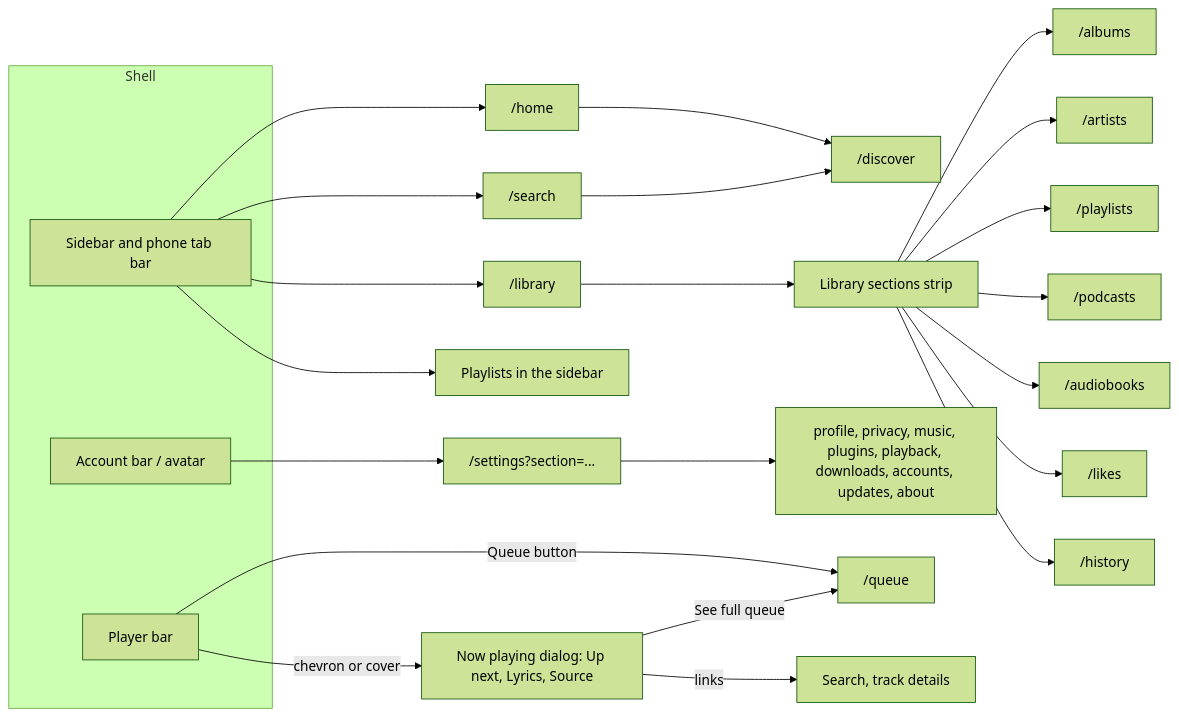
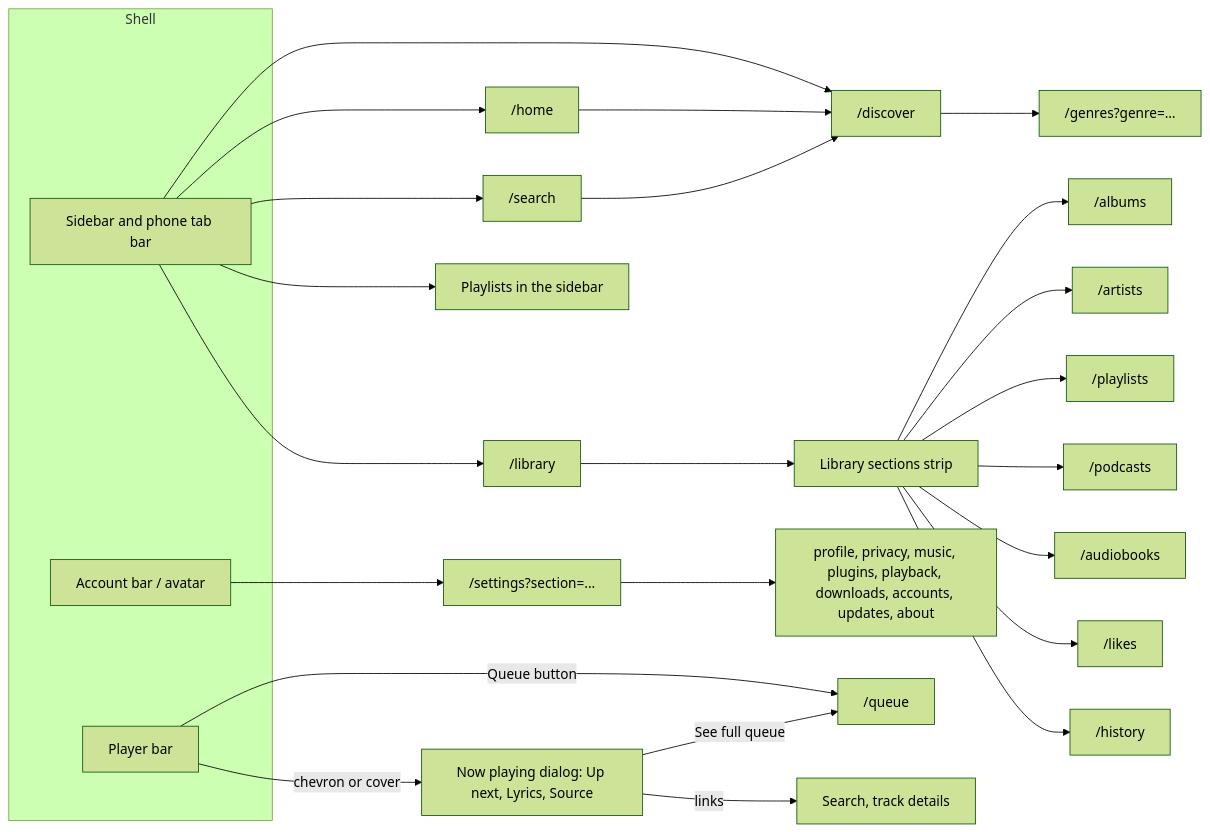
Before and after one commit to acidiney/hitoapp: the first of 2 diagrams in docs/design-system.md, drawn with Mermaid (forest theme). The commit also changed other lines of this file and 6 other files, not shown here.

Commit message:
Document Discover genres and artist radio and keep the provider search spec on phones

````diff
--- a/docs/design-system.md
+++ b/docs/design-system.md
@@ -31,22 +31,24 @@
 ```mermaid
 flowchart LR
   subgraph Shell
     SB[Sidebar and phone tab bar]
     ACC[Account bar / avatar]
     PD[Player bar]
   end
   SB --> HOME["/home"]
   SB --> SEARCH["/search"]
   SB --> LIB["/library"]
   SB --> PL["Playlists in the sidebar"]
-  HOME --> DISC["/discover"]
+  SB --> DISC["/discover"]
+  HOME --> DISC
   SEARCH --> DISC
+  DISC --> GENRE["/genres?genre=…"]
   LIB --> SEC["Library sections strip"]
   SEC --> ALB["/albums"] & ART["/artists"] & PLS["/playlists"] & POD["/podcasts"] & AUD["/audiobooks"] & LIKES["/likes"] & HIST["/history"]
   ACC --> SET["/settings?section=..."]
   SET --> SS["profile, privacy, music, plugins, playback, downloads, accounts, updates, about"]
   PD -->|chevron or cover| NP["Now playing dialog: Up next, Lyrics, Source"]
   PD -->|Queue button| Q["/queue"]
   NP -->|See full queue| Q
   NP -->|links| DET["Search, track details"]
 ```
````
